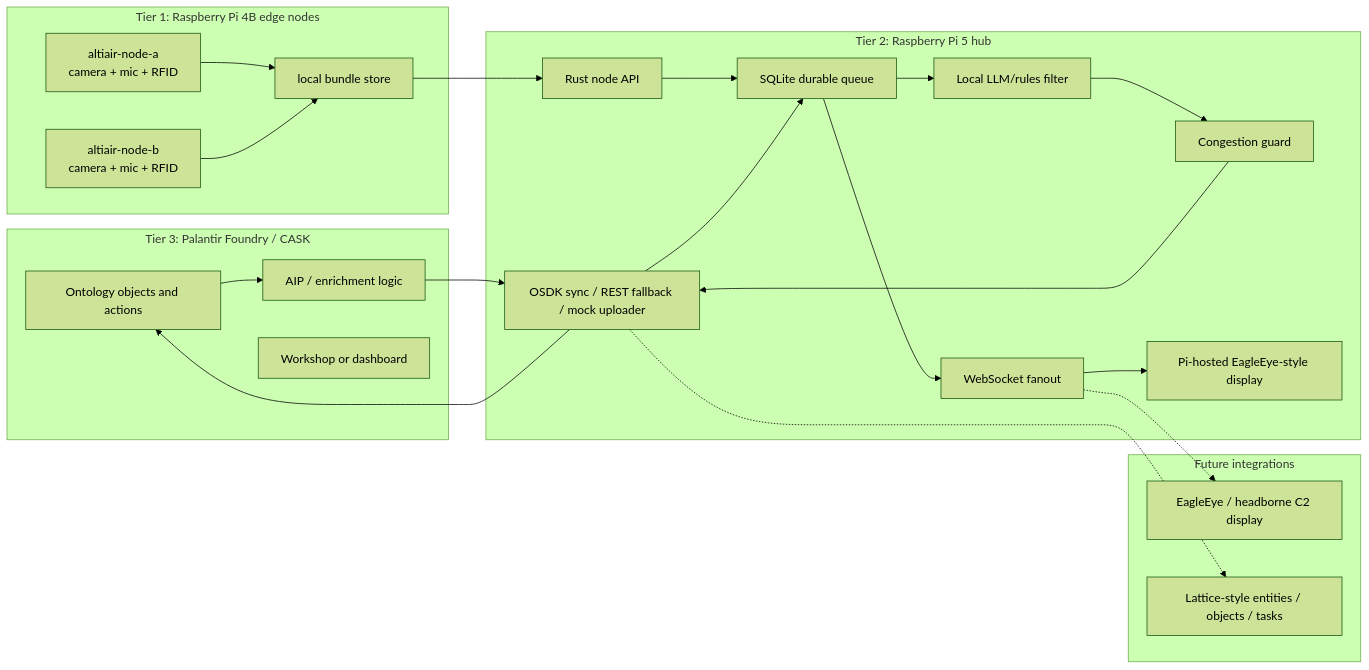
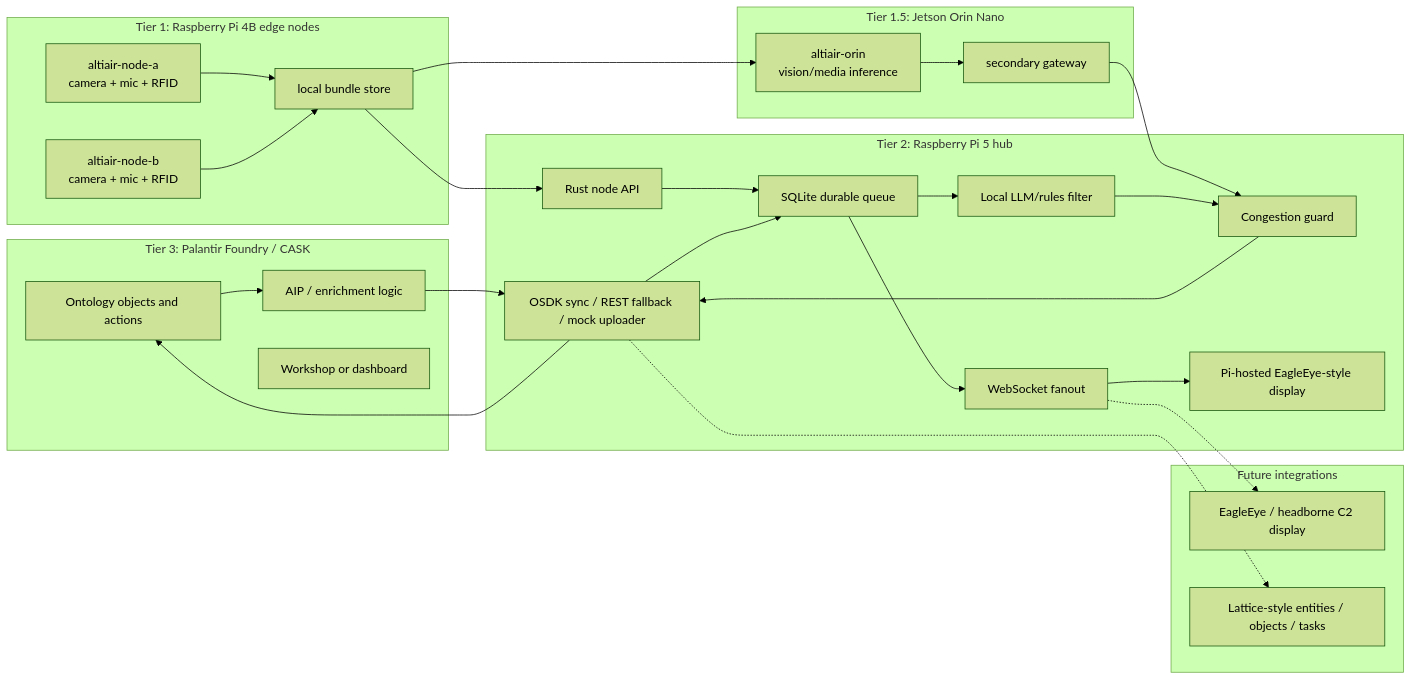
One commit to digitalnomd/altiair changed the diagram in README.md. Above: the diagram before and after it, drawn with Mermaid (forest theme). The commit also changed other lines of this file and 18 other files, not shown here.

````diff
--- a/README.md
+++ b/README.md
@@ -142,45 +162,53 @@
 ```mermaid
 flowchart LR
   subgraph Foundry["Tier 3: Palantir Foundry / CASK"]
     Ontology["Ontology objects and actions"]
     AIP["AIP / enrichment logic"]
     Workshop["Workshop or dashboard"]
   end
 
   subgraph Hub["Tier 2: Raspberry Pi 5 hub"]
     API["Rust node API"]
     DB["SQLite durable queue"]
     Filter["Local LLM/rules filter"]
     Guard["Congestion guard"]
     Uploader["OSDK sync / REST fallback / mock uploader"]
     Fanout["WebSocket fanout"]
     Display["Pi-hosted EagleEye-style display"]
   end
 
   subgraph Edge["Tier 1: Raspberry Pi 4B edge nodes"]
     NodeA["altiair-node-a\ncamera + mic + RFID"]
     NodeB["altiair-node-b\ncamera + mic + RFID"]
     LocalStore["local bundle store"]
   end
 
+  subgraph Accel["Tier 1.5: Jetson Orin Nano"]
+    Orin["altiair-orin\nvision/media inference"]
+    SecondaryGateway["secondary gateway"]
+  end
+
   subgraph Future["Future integrations"]
     EagleEye["EagleEye / headborne C2 display"]
     Lattice["Lattice-style entities / objects / tasks"]
   end
 
   NodeA --> LocalStore
   NodeB --> LocalStore
   LocalStore --> API
+  LocalStore --> Orin
+  Orin --> SecondaryGateway
+  SecondaryGateway --> Guard
   API --> DB
   DB --> Filter
   Filter --> Guard
   Guard --> Uploader
   Uploader --> Ontology
   Ontology --> AIP
   AIP --> Uploader
   Uploader --> DB
   DB --> Fanout
   Fanout --> Display
   Fanout -.-> EagleEye
   Uploader -.-> Lattice
 ```
````
